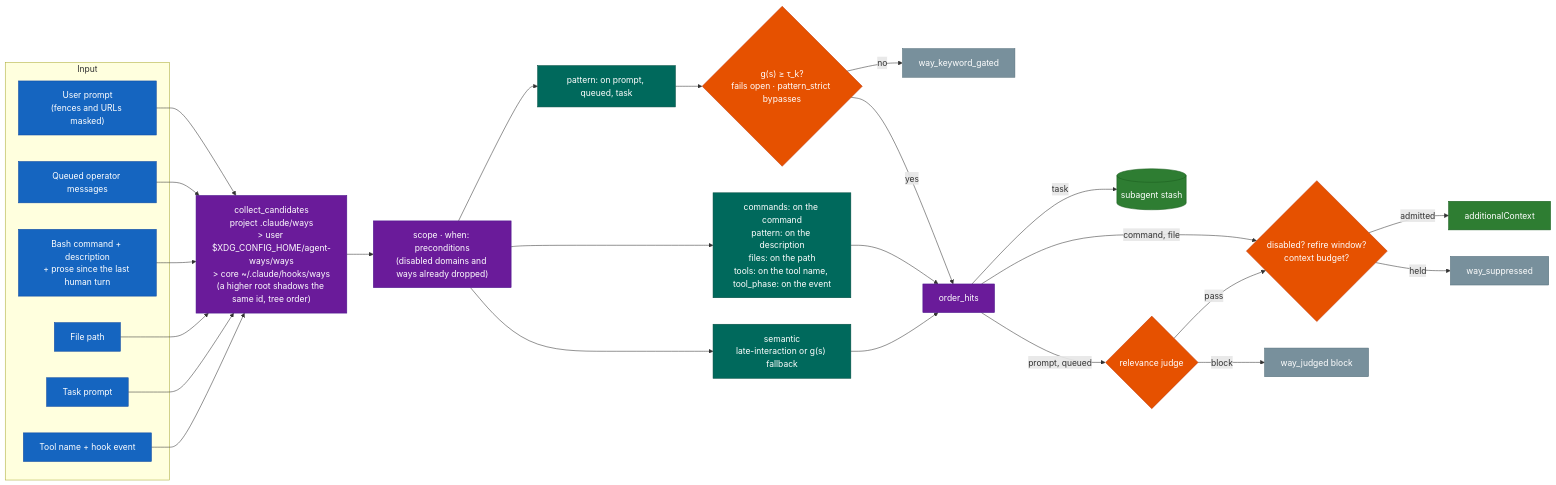
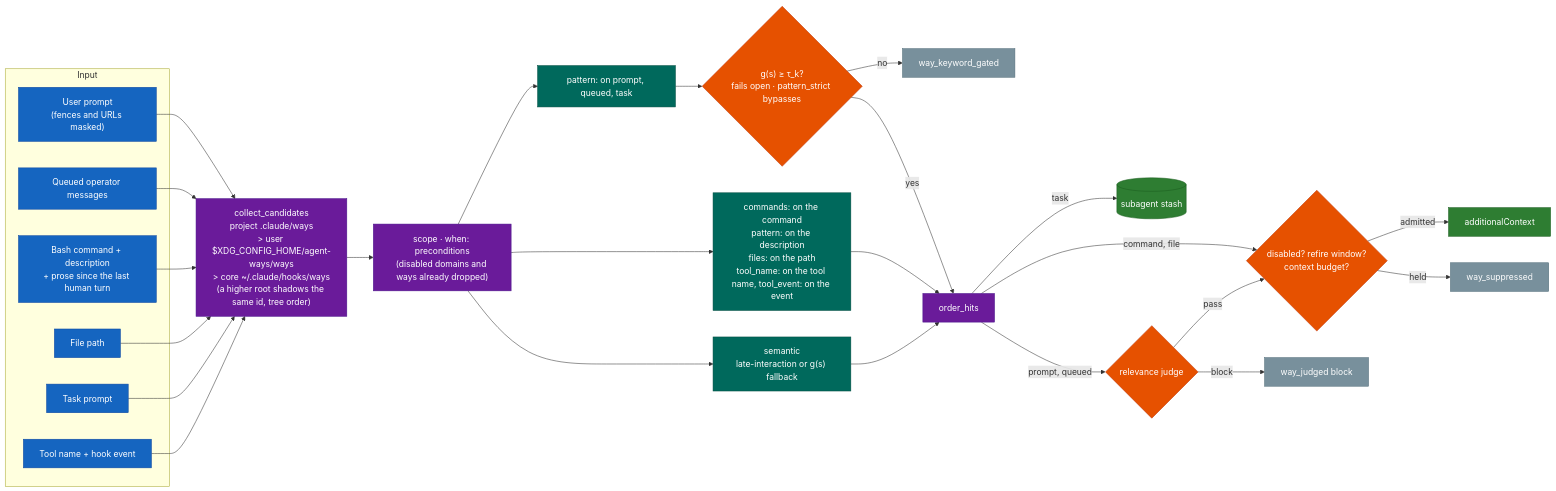
One commit to aaronsb/agent-ways changed the seventh of 13 diagrams in docs/architecture.md. Above: the diagram before and after it, drawn with Mermaid. The commit also changed 28 other files, not shown here.

First line of the commit message:
refactor(ways): name the tool lane fields tool_name and tool_event

````diff
--- a/docs/architecture.md
+++ b/docs/architecture.md
@@ -312,49 +312,49 @@
 ```mermaid
 flowchart LR
     classDef input fill:#1565C0,stroke:#0D47A1,color:#fff
     classDef scan fill:#6A1B9A,stroke:#4A148C,color:#fff
     classDef match fill:#00695C,stroke:#004D40,color:#fff
     classDef gate fill:#E65100,stroke:#BF360C,color:#fff
     classDef output fill:#2E7D32,stroke:#1B5E20,color:#fff
     classDef silent fill:#78909C,stroke:#546E7A,color:#fff
 
     subgraph Input
         Prompt["User prompt<br/>(fences and URLs masked)"]:::input
         Queued["Queued operator messages"]:::input
         Cmd["Bash command + description<br/>+ prose since the last human turn"]:::input
         File["File path"]:::input
         TaskP["Task prompt"]:::input
         ToolN["Tool name + hook event"]:::input
     end
 
     Cand["collect_candidates<br/>project .claude/ways<br/>> user $XDG_CONFIG_HOME/agent-ways/ways<br/>> core ~/.claude/hooks/ways<br/>(a higher root shadows the same id, tree order)"]:::scan
     Pre["scope · when: preconditions<br/>(disabled domains and ways already dropped)"]:::scan
 
     Prompt --> Cand
     Queued --> Cand
     Cmd --> Cand
     File --> Cand
     TaskP --> Cand
     ToolN --> Cand
     Cand --> Pre
 
     Pre --> KW["pattern: on prompt, queued, task"]:::match
-    Pre --> DIR["commands: on the command<br/>pattern: on the description<br/>files: on the path<br/>tools: on the tool name, tool_phase: on the event"]:::match
+    Pre --> DIR["commands: on the command<br/>pattern: on the description<br/>files: on the path<br/>tool_name: on the tool name, tool_event: on the event"]:::match
     Pre --> SEM["semantic<br/>late-interaction or g(s) fallback"]:::match
 
     KW --> Floor{"g(s) ≥ τ_k?<br/>fails open · pattern_strict bypasses"}:::gate
     Floor -->|no| KG["way_keyword_gated"]:::silent
     Floor -->|yes| Hits
     DIR --> Hits
     SEM --> Hits
 
     Hits["order_hits"]:::scan
     Hits -->|task| Stash[("subagent stash")]:::output
     Hits -->|prompt, queued| Judge{"relevance judge"}:::gate
     Hits -->|command, file| Show
     Judge -->|pass| Show
     Judge -->|block| JB["way_judged block"]:::silent
     Show{"disabled? refire window?<br/>context budget?"}:::gate
     Show -->|admitted| Out["additionalContext"]:::output
     Show -->|held| WS["way_suppressed"]:::silent
 ```
````
